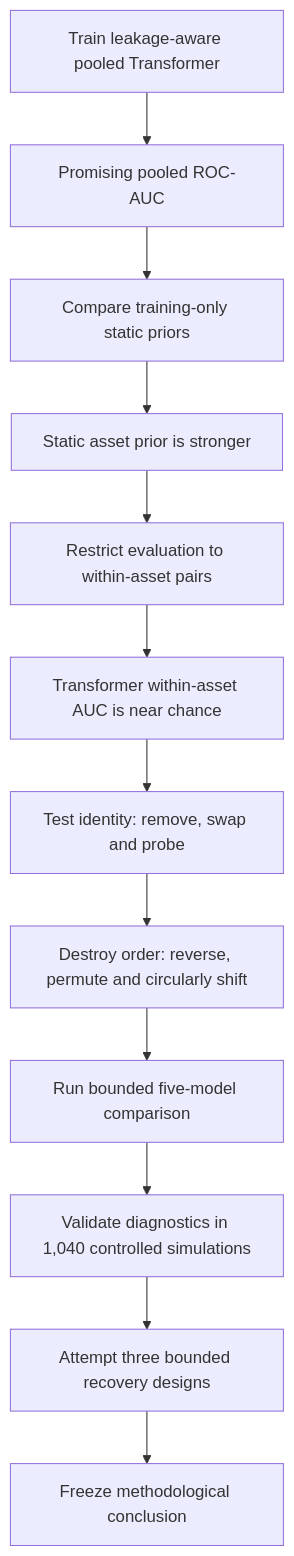
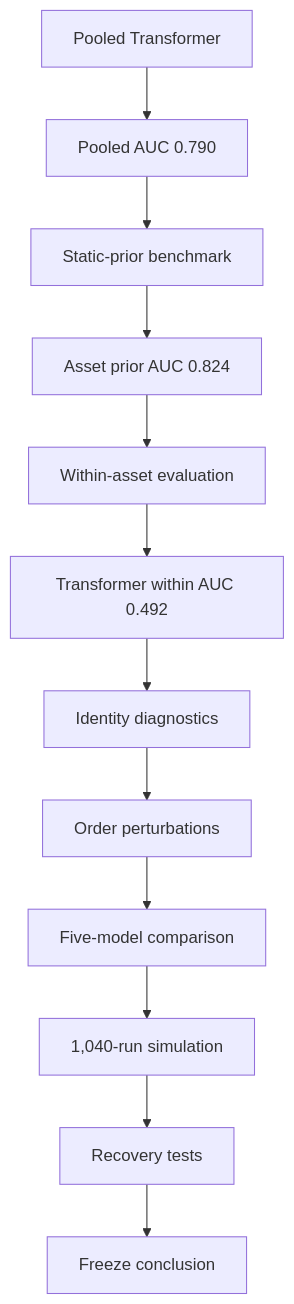
Before and after one commit to husaam-atq/MSc-financial-transformer-market-dynamics: the first of 4 diagrams in README.md, drawn with Mermaid. The commit also changed other lines of this file and 2 other files, not shown here.

````diff
--- a/README.md
+++ b/README.md
@@ -94,14 +124,14 @@
 ```mermaid
 flowchart TD
-    A["Train leakage-aware pooled Transformer"] --> B["Promising pooled ROC-AUC"]
-    B --> C["Compare training-only static priors"]
-    C --> D["Static asset prior is stronger"]
-    D --> E["Restrict evaluation to within-asset pairs"]
-    E --> F["Transformer within-asset AUC is near chance"]
-    F --> G["Test identity: remove, swap and probe"]
-    G --> H["Destroy order: reverse, permute and circularly shift"]
-    H --> I["Run bounded five-model comparison"]
-    I --> J["Validate diagnostics in 1,040 controlled simulations"]
-    J --> K["Attempt three bounded recovery designs"]
-    K --> L["Freeze methodological conclusion"]
+    A["Pooled Transformer"] --> B["Pooled AUC 0.790"]
+    B --> C["Static-prior benchmark"]
+    C --> D["Asset prior AUC 0.824"]
+    D --> E["Within-asset evaluation"]
+    E --> F["Transformer within AUC 0.492"]
+    F --> G["Identity diagnostics"]
+    G --> H["Order perturbations"]
+    H --> I["Five-model comparison"]
+    I --> J["1,040-run simulation"]
+    J --> K["Recovery tests"]
+    K --> L["Freeze conclusion"]
 ```
````
